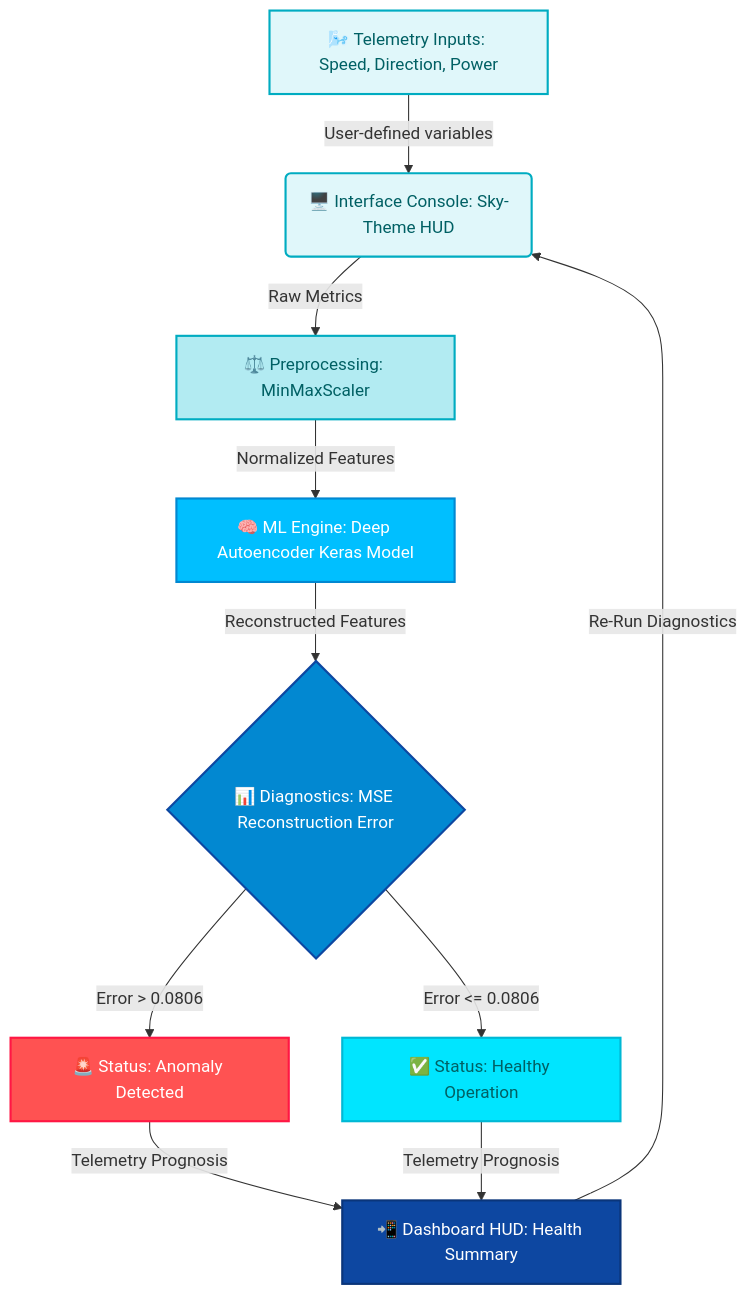
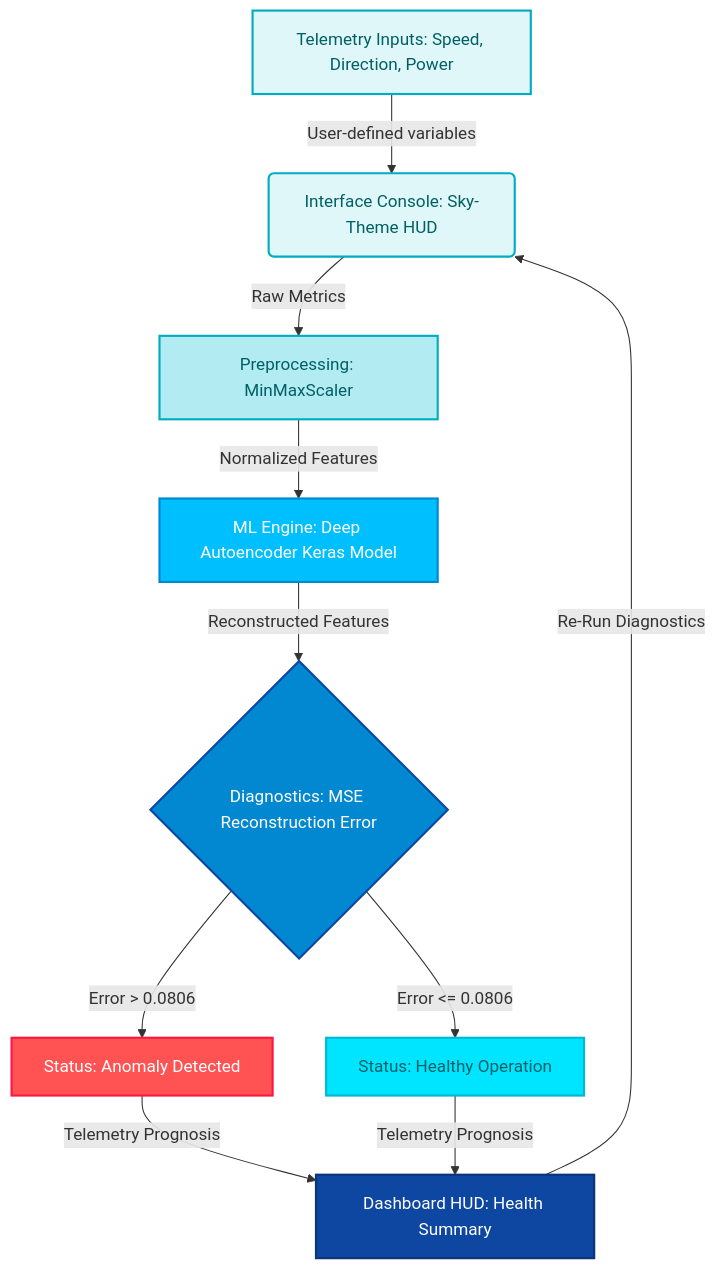
Before and after one commit to mayank-goyal09/turbine-anomaly-autoencoder: the diagram in README.md, drawn with Mermaid. The commit also changed other lines of this file, not shown here.

````diff
--- a/README.md
+++ b/README.md
@@ -57,29 +57,29 @@
 ```mermaid
 graph TD
     %% Inputs
-    A[🌬️ Telemetry Inputs: Speed, Direction, Power] -->|User-defined variables| B(🖥️ Interface Console: Sky-Theme HUD)
+    A[Telemetry Inputs: Speed, Direction, Power] -->|User-defined variables| B(Interface Console: Sky-Theme HUD)
     
     %% Scaling
-    B -->|Raw Metrics| C[⚖️ Preprocessing: MinMaxScaler]
-    C -->|Normalized Features| D[🧠 ML Engine: Deep Autoencoder Keras Model]
+    B -->|Raw Metrics| C[Preprocessing: MinMaxScaler]
+    C -->|Normalized Features| D[ML Engine: Deep Autoencoder Keras Model]
     
     %% Inference
-    D -->|Reconstructed Features| E{📊 Diagnostics: MSE Reconstruction Error}
-    E -->|Error > 0.0806| F[🚨 Status: Anomaly Detected]
-    E -->|Error <= 0.0806| G[✅ Status: Healthy Operation]
+    D -->|Reconstructed Features| E{Diagnostics: MSE Reconstruction Error}
+    E -->|Error > 0.0806| F[Status: Anomaly Detected]
+    E -->|Error <= 0.0806| G[Status: Healthy Operation]
     
     %% Outputs
-    F -->|Telemetry Prognosis| H[📲 Dashboard HUD: Health Summary]
+    F -->|Telemetry Prognosis| H[Dashboard HUD: Health Summary]
     G -->|Telemetry Prognosis| H
     H -->|Re-Run Diagnostics| B
 
     %% Styles mapped to Sky Theme colors
     style A fill:#e0f7fa,color:#006064,stroke:#00acc1,stroke-width:2px
     style B fill:#e0f7fa,color:#006064,stroke:#00acc1,stroke-width:2px
     style C fill:#b2ebf2,color:#006064,stroke:#00acc1,stroke-width:2px
     style D fill:#00bfff,color:#fff,stroke:#0288d1,stroke-width:2px
     style E fill:#0288d1,color:#fff,stroke:#0d47a1,stroke-width:2px
     style F fill:#ff5252,color:#fff,stroke:#ff1744,stroke-width:2px
     style G fill:#00e5ff,color:#006064,stroke:#00b8d4,stroke-width:2px
     style H fill:#0d47a1,color:#fff,stroke:#0a357a,stroke-width:2px
 ```
````
